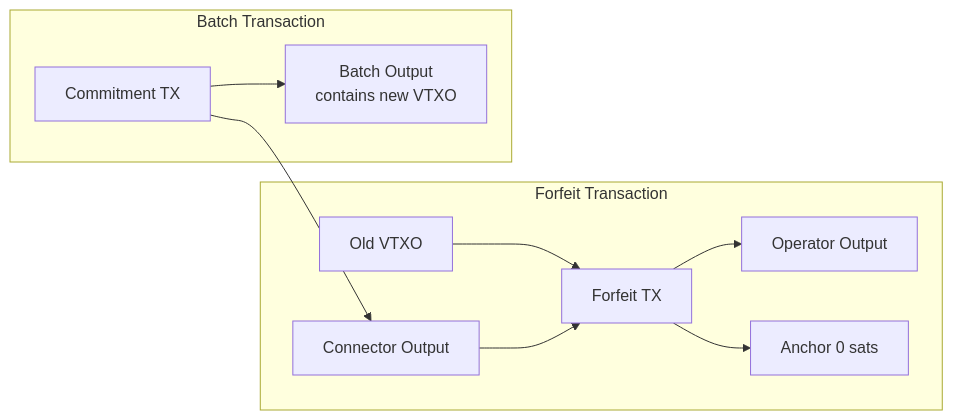
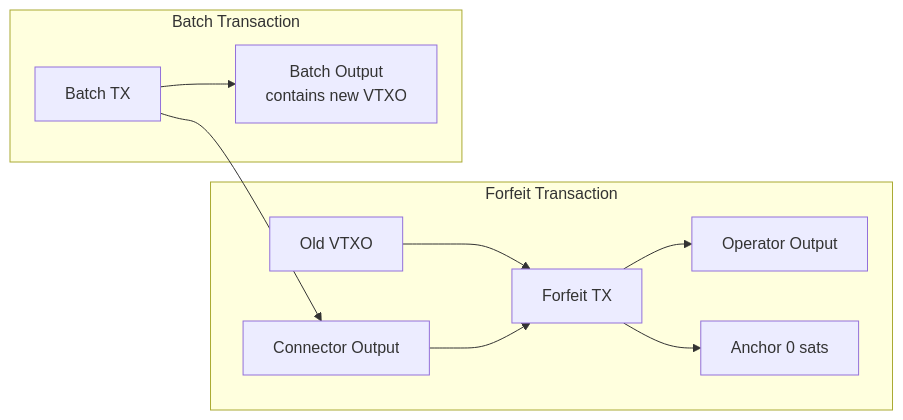
Before and after one commit to lightninglabs/wavelength: the fifth of 6 diagrams in docs/ark-specs/ARK-01-transactions.md, drawn with Mermaid. The commit also changed other lines of this file and 6 other files, not shown here.

````diff
--- a/docs/ark-specs/ARK-01-transactions.md
+++ b/docs/ark-specs/ARK-01-transactions.md
@@ -722,14 +758,14 @@
 ```mermaid
 graph LR
     subgraph "Forfeit Transaction"
         VTXO[Old VTXO] --> FT[Forfeit TX]
         CONN[Connector Output] --> FT
         FT --> OP[Operator Output]
         FT --> ANCHOR[Anchor 0 sats]
     end
 
     subgraph "Batch Transaction"
-        CTX[Commitment TX] --> BATCH[Batch Output<br/>contains new VTXO]
+        CTX[Batch TX] --> BATCH[Batch Output<br/>contains new VTXO]
         CTX --> CONN
     end
 ```
````
